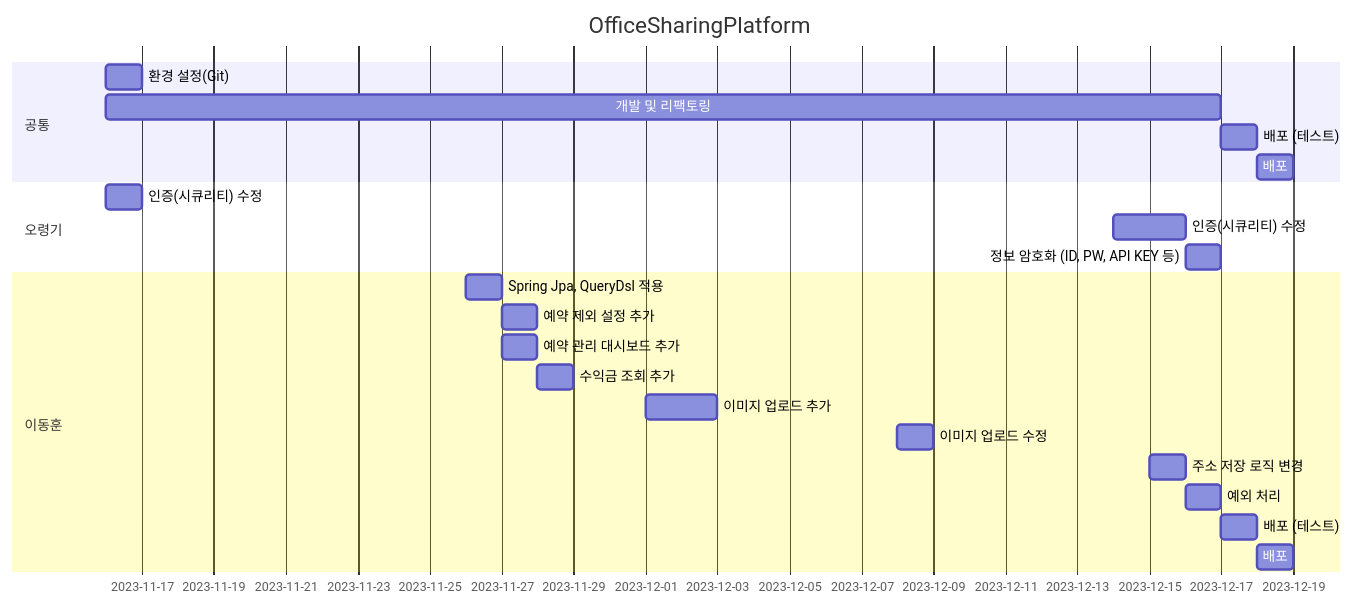
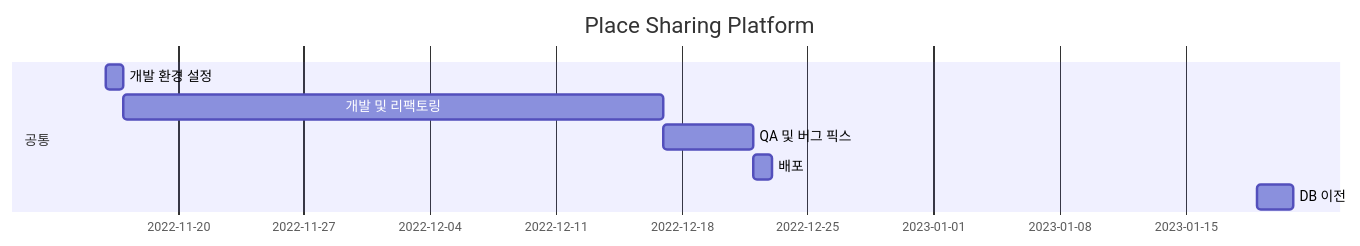
Before and after one commit to Hell-O-Demon-World/BackOffice: the diagram in README.md, drawn with Mermaid. The commit also changed other lines of this file, not shown here.

````diff
--- a/README.md
+++ b/README.md
@@ -11,29 +81,12 @@
-```mermaid
-gantt
-dateFormat MM-DD
-title OfficeSharingPlatform
-
-    section 공통
-    환경 설정(Git)             :chap1, 11-16, 1d
-    개발 및 리팩토링             :chap2, 11-16, 12-17
-    배포 (테스트)               :chap3, 12-17, 12-18
-    배포                      :chap4, 12-18, 12-19
-
-    section 오령기
-    인증(시큐리티) 수정                : chap1, 11-16, 1d
-    인증(시큐리티) 수정                : chap2, 12-14, 2d
-    정보 암호화 (ID, PW, API KEY 등)  : chap3, 12-16, 1d
-    
-    section 이동훈
-    Spring Jpa, QueryDsl 적용     : chap1, 11-26, 1d
-    예약 제외 설정 추가               : chap2, 11-27, 1d
-    예약 관리 대시보드 추가            : chap3, 11-27, 1d
-    수익금 조회 추가                  : chap4, 11-28, 1d
-    이미지 업로드 추가                : chap5, 12-01, 2d
-    이미지 업로드 수정                : chap6, 12-08, 1d
-    주소 저장 로직 변경                : chap7, 12-15, 1d
-    예외 처리                       : chap8, 12-16, 1d
-    배포 (테스트)                    : chap9, 12-17, 1d
-    배포                            : chap10, 12-18, 1d
-
+```mermaid  
+gantt  
+	dateFormat YYYY-MM-DD  
+	title Place Sharing Platform  
+  
+    section 공통  
+    개발 환경 설정 :chap1, 2022-11-16, 1d  
+    개발 및 리팩토링 :chap2, 2022-11-17, 2022-12-17
+	QA 및 버그 픽스: chap3, 2022-12-17, 2022-12-22
+	배포: chap4, 2022-12-22, 2022-12-23
+	DB 이전 : chap5, 2023-01-19, 2023-01-21
 ```
````
